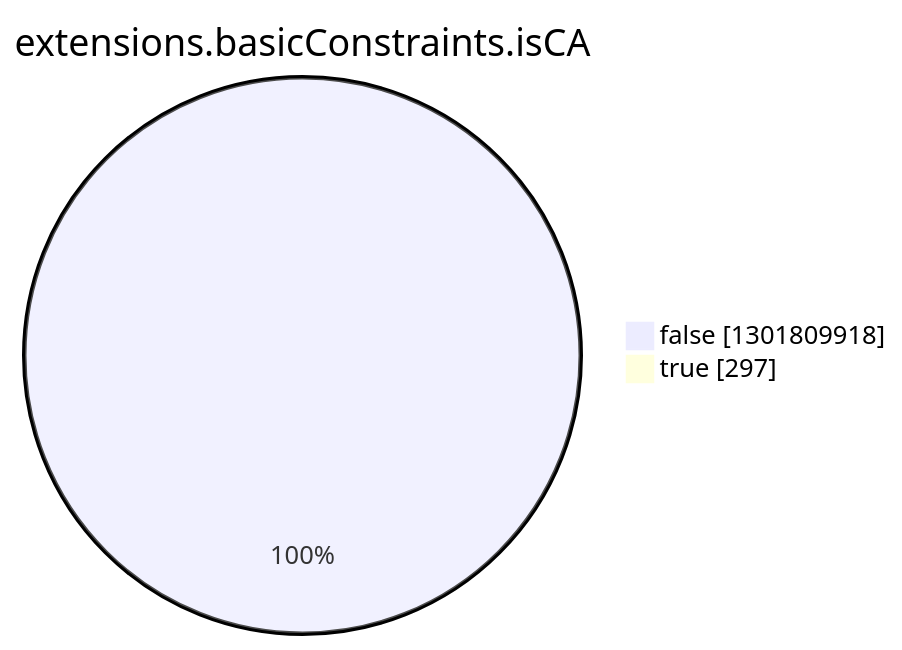
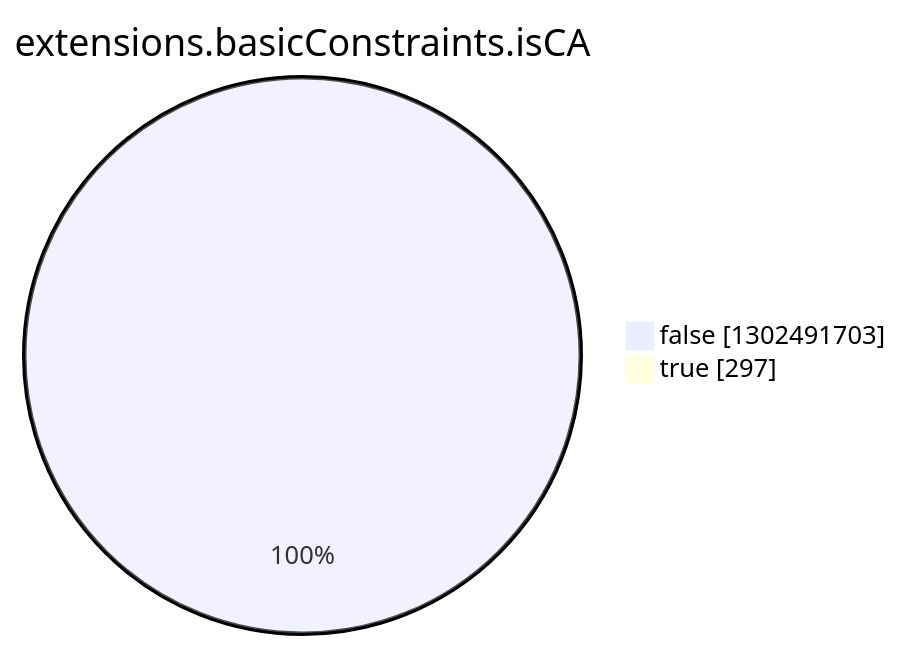
One commit to christiankrug/ctmonitor_visualization changed the eighth of 15 diagrams in argon2022/README.md. Above: the diagram before and after it, drawn with Mermaid. The commit also changed other lines of this file, not shown here.

````diff
--- a/argon2022/README.md
+++ b/argon2022/README.md
@@ -2757,6 +2757,6 @@
 ```mermaid
 pie showData
 title extensions.basicConstraints.isCA
-"false" :1301809918
+"false" :1302491703
 "true" :297
 ```
````
